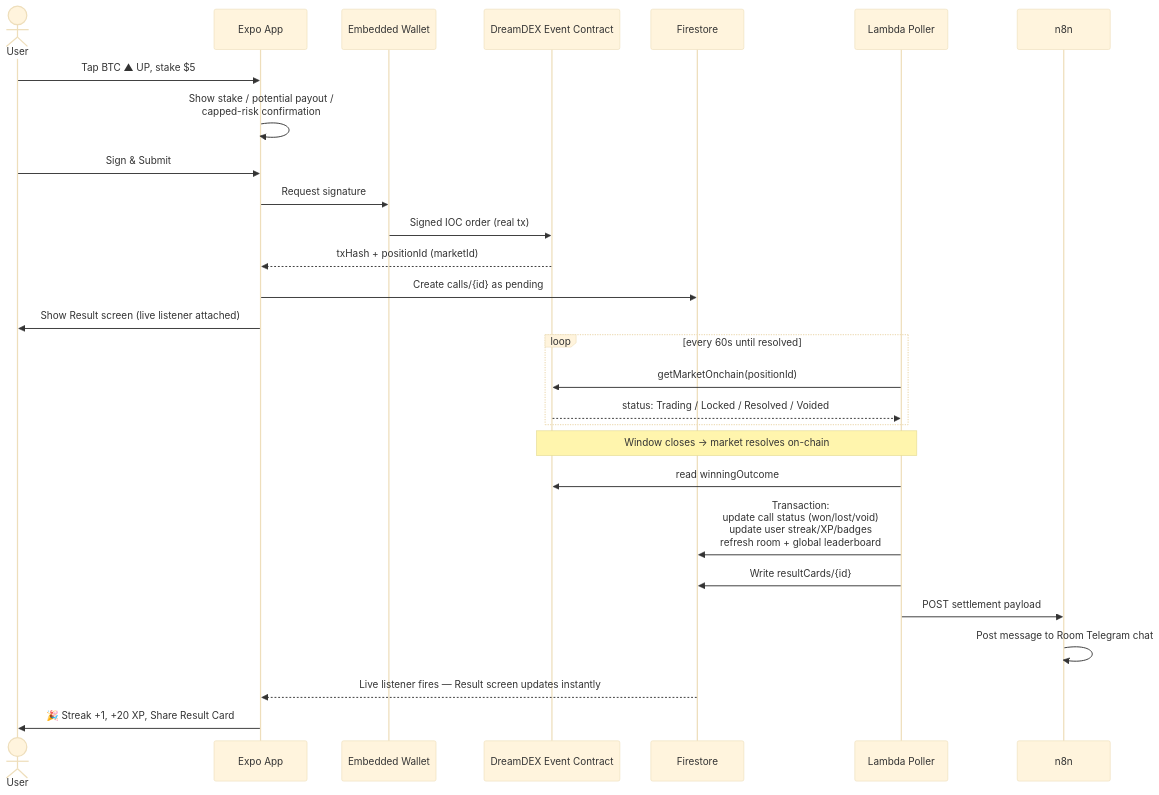
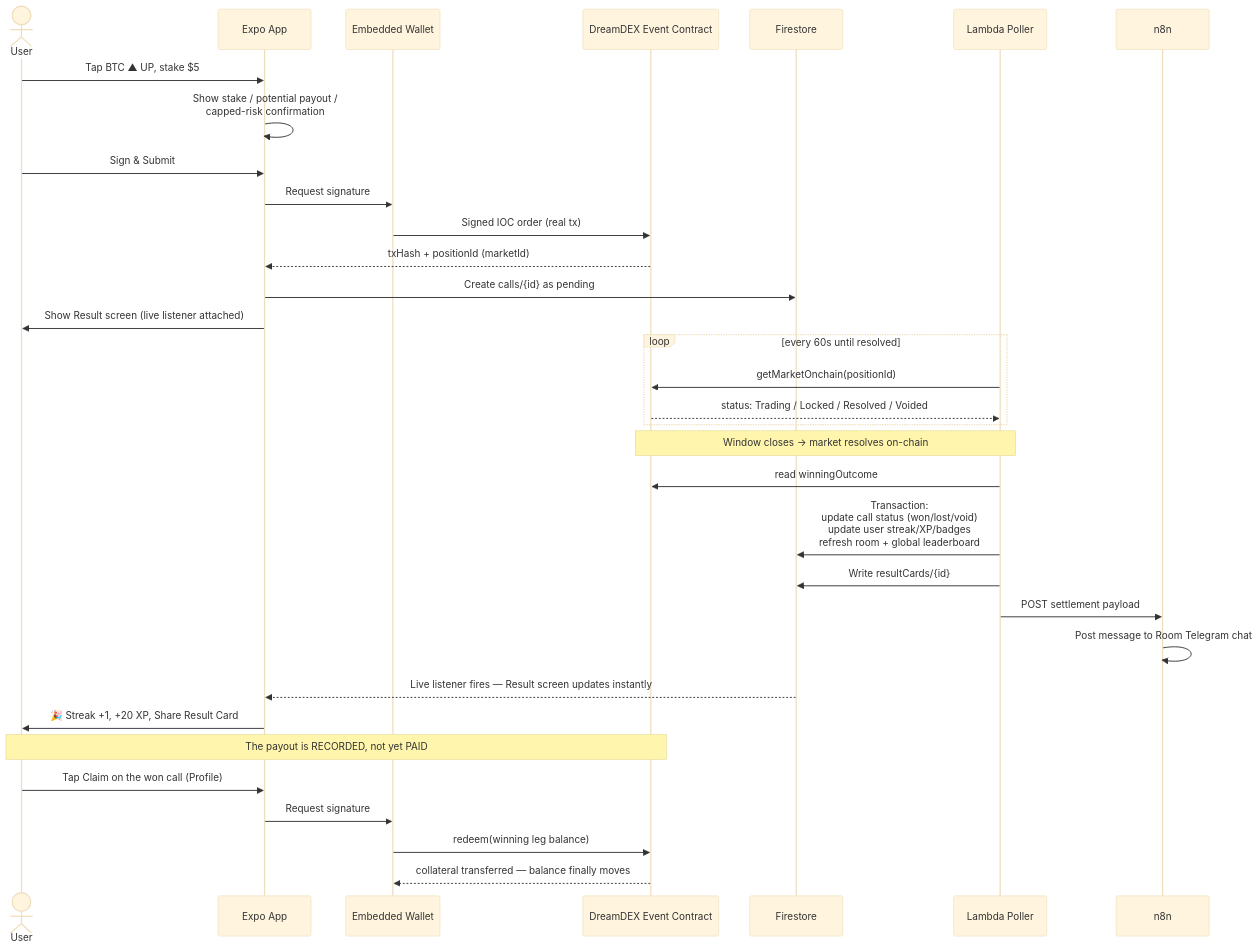
The second of 4 diagrams in README.md (Spydiecy/Streakr), drawn with Mermaid (base theme) before and after one commit. The commit also changed other lines of this file and 2 other files, not shown here.

First line of the commit message:
docs: bring the README up to the current architecture, and stop the e2e suite failing at random

````diff
--- a/README.md
+++ b/README.md
@@ -159,35 +161,42 @@
 ```mermaid
 sequenceDiagram
     actor U as User
     participant App as Expo App
     participant W as Embedded Wallet
     participant EC as DreamDEX Event Contract
     participant FS as Firestore
     participant L as Lambda Poller
     participant N8N as n8n
 
     U->>App: Tap BTC ▲ UP, stake $5
     App->>App: Show stake / potential payout /<br/>capped-risk confirmation
     U->>App: Sign & Submit
     App->>W: Request signature
     W->>EC: Signed IOC order (real tx)
     EC-->>App: txHash + positionId (marketId)
     App->>FS: Create calls/{id} as pending
     App->>U: Show Result screen (live listener attached)
 
     loop every 60s until resolved
         L->>EC: getMarketOnchain(positionId)
         EC-->>L: status: Trading / Locked / Resolved / Voided
     end
 
     Note over L,EC: Window closes → market resolves on-chain
 
     L->>EC: read winningOutcome
     L->>FS: Transaction:<br/>update call status (won/lost/void)<br/>update user streak/XP/badges<br/>refresh room + global leaderboard
     L->>FS: Write resultCards/{id}
     L->>N8N: POST settlement payload
     N8N->>N8N: Post message to Room Telegram chat
 
     FS-->>App: Live listener fires — Result screen updates instantly
     App->>U: 🎉 Streak +1, +20 XP, Share Result Card
+
+    Note over U,EC: The payout is RECORDED, not yet PAID
+
+    U->>App: Tap Claim on the won call (Profile)
+    App->>W: Request signature
+    W->>EC: redeem(winning leg balance)
+    EC-->>W: collateral transferred — balance finally moves
 ```
````
